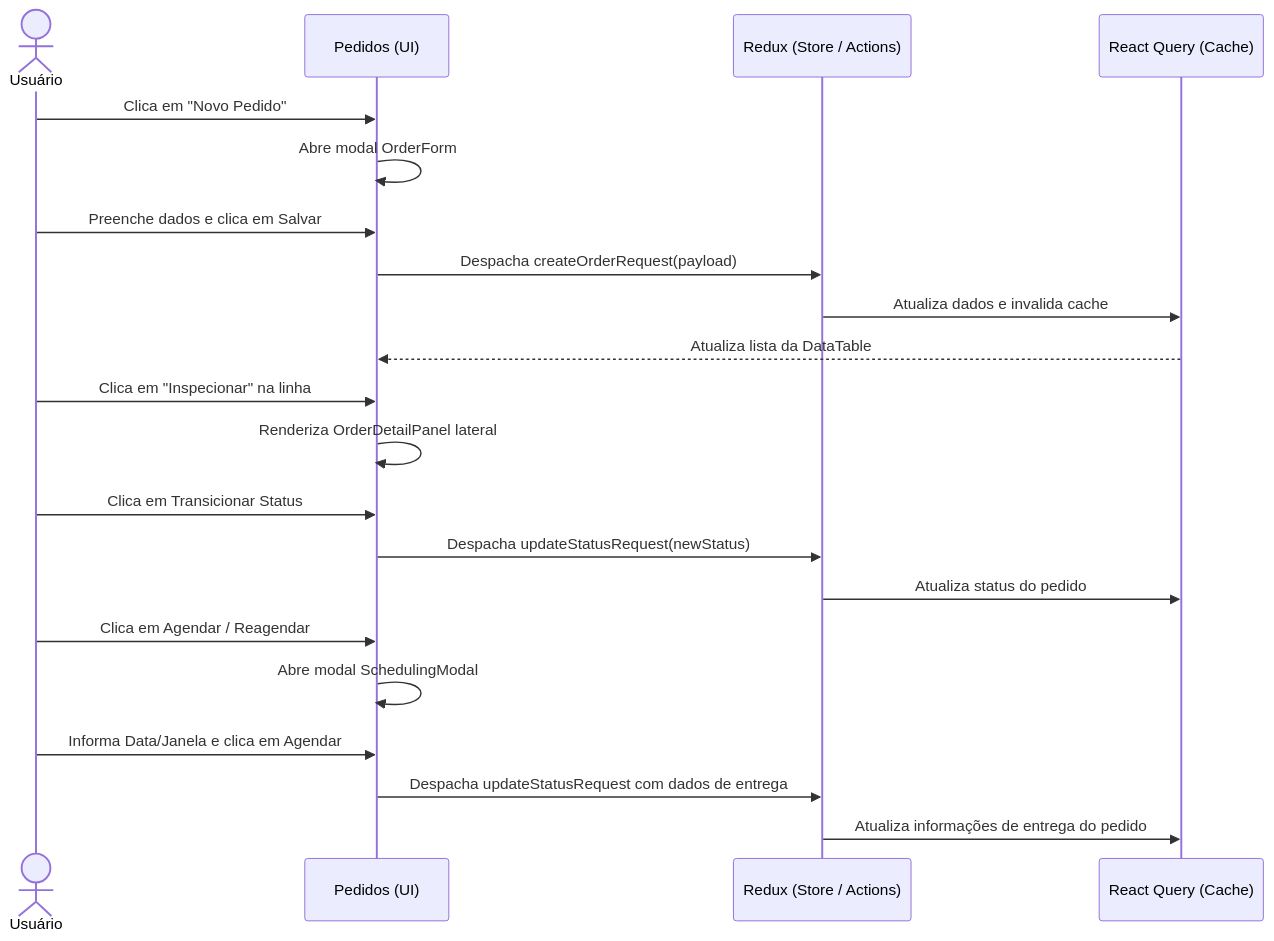
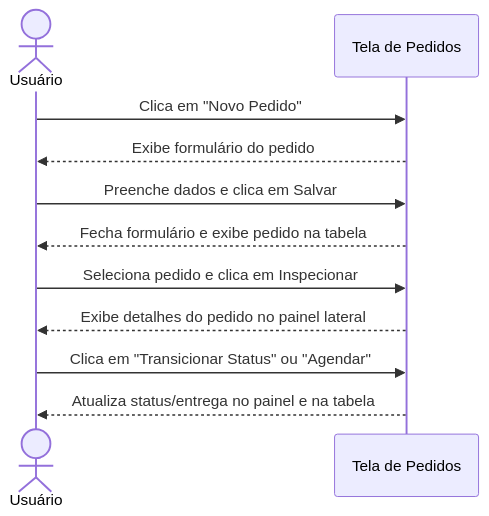
The first of 2 diagrams in docs/orders/README.md (EdDevFront/sales-order-management-system), drawn with Mermaid before and after one commit. The commit also changed other lines of this file and 5 other files, not shown here.

Commit message:
docs: add technical and non-technical sequence diagrams for all pages

````diff
--- a/docs/orders/README.md
+++ b/docs/orders/README.md
@@ -12,27 +14,14 @@
 ```mermaid
 sequenceDiagram
     actor Usuario as Usuário
-    participant UI as Pedidos (UI)
-    participant Store as Redux (Store / Actions)
-    participant Repo as React Query (Cache)
+    participant Tela as Tela de Pedidos
 
-    Usuario->>UI: Clica em "Novo Pedido"
-    UI->>UI: Abre modal OrderForm
-    Usuario->>UI: Preenche dados e clica em Salvar
-    UI->>Store: Despacha createOrderRequest(payload)
-    Store->>Repo: Atualiza dados e invalida cache
-    Repo-->>UI: Atualiza lista da DataTable
-
-    Usuario->>UI: Clica em "Inspecionar" na linha
-    UI->>UI: Renderiza OrderDetailPanel lateral
-
-    Usuario->>UI: Clica em Transicionar Status
-    UI->>Store: Despacha updateStatusRequest(newStatus)
-    Store->>Repo: Atualiza status do pedido
-
-    Usuario->>UI: Clica em Agendar / Reagendar
-    UI->>UI: Abre modal SchedulingModal
-    Usuario->>UI: Informa Data/Janela e clica em Agendar
-    UI->>Store: Despacha updateStatusRequest com dados de entrega
-    Store->>Repo: Atualiza informações de entrega do pedido
+    Usuario->>Tela: Clica em "Novo Pedido"
+    Tela-->>Usuario: Exibe formulário do pedido
+    Usuario->>Tela: Preenche dados e clica em Salvar
+    Tela-->>Usuario: Fecha formulário e exibe pedido na tabela
+    Usuario->>Tela: Seleciona pedido e clica em Inspecionar
+    Tela-->>Usuario: Exibe detalhes do pedido no painel lateral
+    Usuario->>Tela: Clica em "Transicionar Status" ou "Agendar"
+    Tela-->>Usuario: Atualiza status/entrega no painel e na tabela
 ```
````
